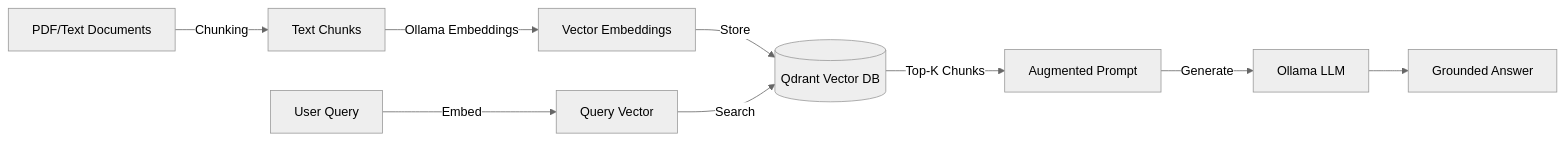
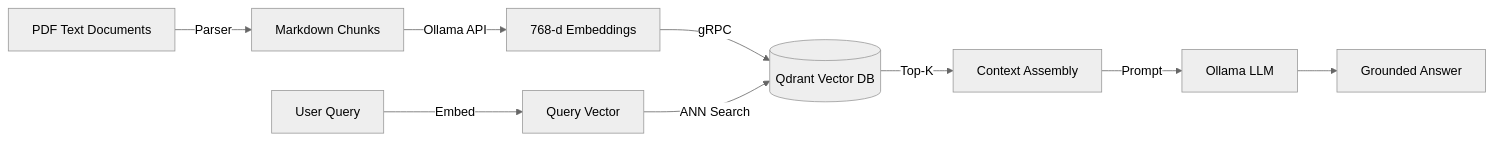
Before and after one commit to Leito2/Learning: the first of 3 diagrams in Software Engineering/02 - Go Engineering/05 - Local AI with Go/04 - RAG Pipelines with Go and Vector DBs.md, drawn with Mermaid (neutral theme). The commit also changed other lines of this file and 41 other files, not shown here.

````diff
--- a/Software Engineering/02 - Go Engineering/05 - Local AI with Go/04 - RAG Pipelines with Go and Vector DBs.md
+++ b/Software Engineering/02 - Go Engineering/05 - Local AI with Go/04 - RAG Pipelines with Go and Vector DBs.md
@@ -18,11 +130,11 @@
 ```mermaid
 graph LR
-    A[PDF/Text Documents] -->|Chunking| B[Text Chunks]
-    B -->|Ollama Embeddings| C[Vector Embeddings]
-    C -->|Store| D[(Qdrant Vector DB)]
+    A[PDF Text Documents] -->|Parser| B[Markdown Chunks]
+    B -->|Ollama API| C[768-d Embeddings]
+    C -->|gRPC| D[(Qdrant Vector DB)]
     E[User Query] -->|Embed| F[Query Vector]
-    F -->|Search| D
-    D -->|Top-K Chunks| G[Augmented Prompt]
-    G -->|Generate| H[Ollama LLM]
+    F -->|ANN Search| D
+    D -->|Top-K| G[Context Assembly]
+    G -->|Prompt| H[Ollama LLM]
     H --> I[Grounded Answer]
 ```
````
